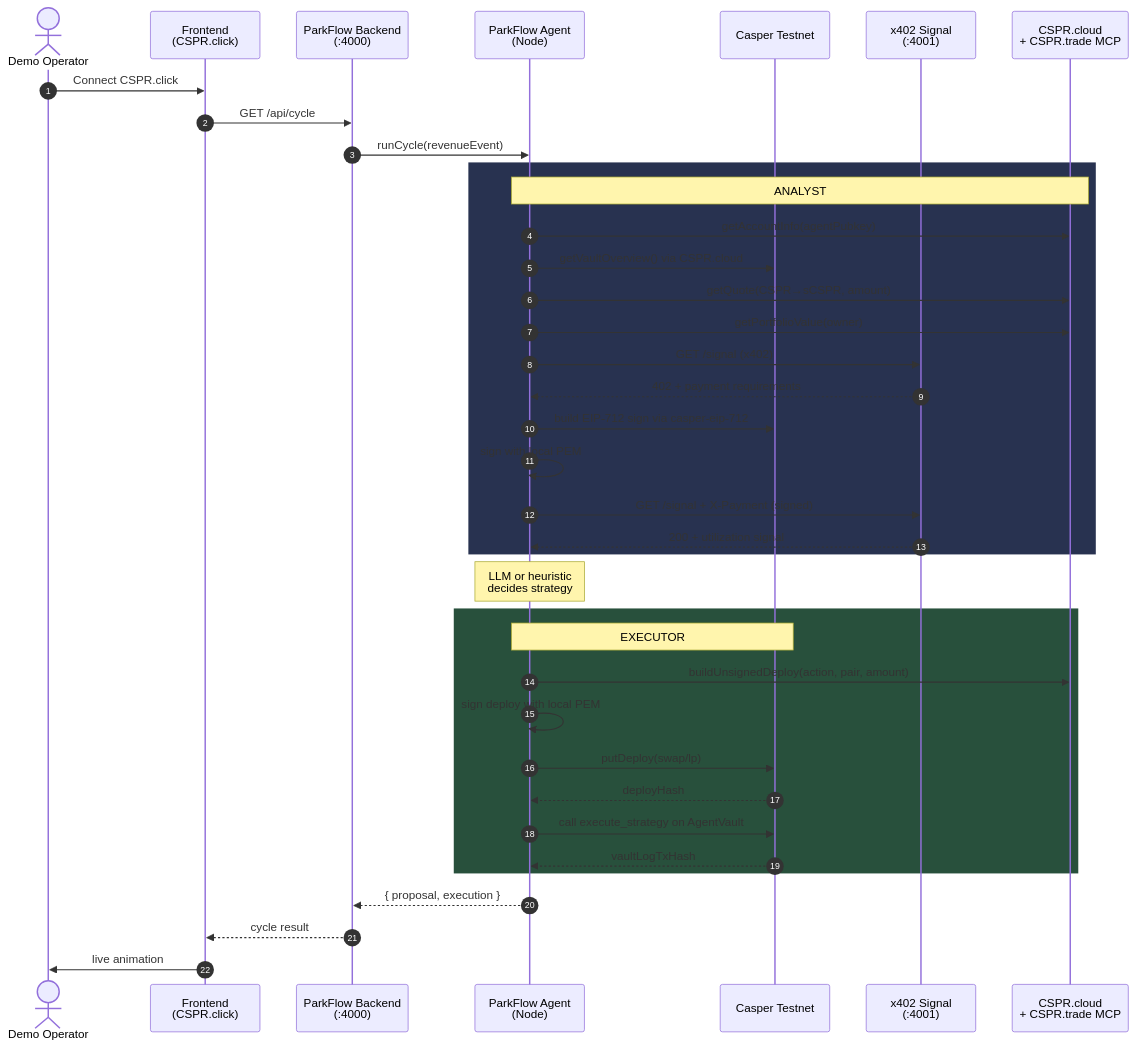
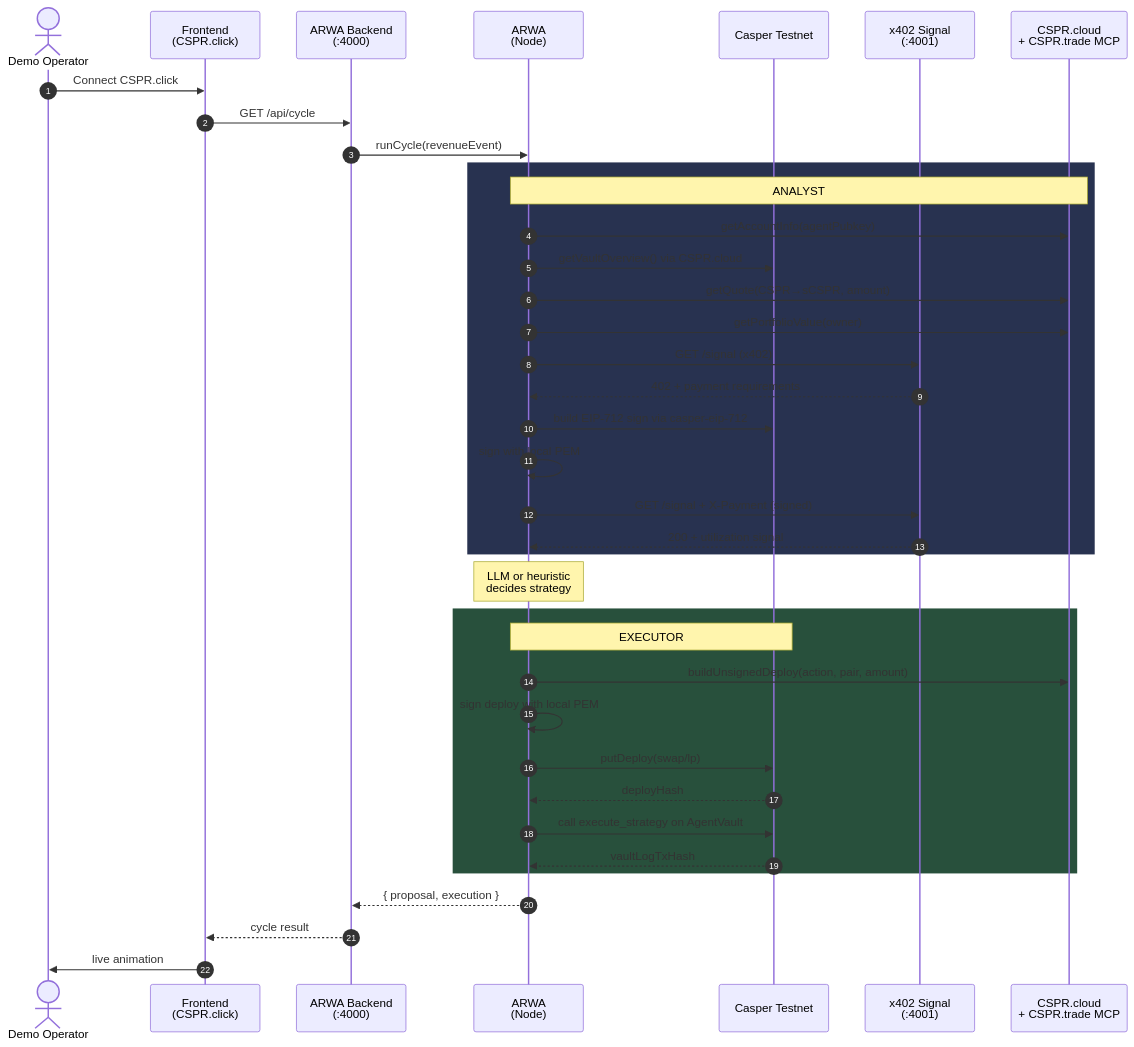
One commit to antidumpalways/ARWA-Agent changed the first of 5 diagrams in README.md. Above: the diagram before and after it, drawn with Mermaid. The commit also changed other lines of this file and 51 other files, not shown here.

Commit message:
rebrand: ParkFlow → ARWA (Agentic Real-World Assets), remove PFLOW

````diff
--- a/README.md
+++ b/README.md
@@ -68,45 +68,45 @@
 ```mermaid
 sequenceDiagram
     autonumber
     actor Operator as Demo Operator
     participant FE as Frontend<br/>(CSPR.click)
-    participant API as ParkFlow Backend<br/>(:4000)
-    participant Agent as ParkFlow Agent<br/>(Node)
+    participant API as ARWA Backend<br/>(:4000)
+    participant Agent as ARWA<br/>(Node)
     participant Chain as Casper Testnet
     participant Signal as x402 Signal<br/>(:4001)
     participant MCP as CSPR.cloud<br/>+ CSPR.trade MCP
 
     Operator->>FE: Connect CSPR.click
     FE->>API: GET /api/cycle
     API->>Agent: runCycle(revenueEvent)
 
     rect rgb(40, 50, 80)
     Note over Agent,MCP: ANALYST
     Agent->>MCP: getAccountInfo(agentPubkey)
     Agent->>Chain: getVaultOverview() via CSPR.cloud
     Agent->>MCP: getQuote(CSPR→sCSPR, amount)
     Agent->>MCP: getPortfolioValue(owner)
     Agent->>Signal: GET /signal (x402)
     Signal-->>Agent: 402 + payment requirements
     Agent->>Chain: build EIP-712 sign via casper-eip-712
     Agent->>Agent: sign with local PEM
     Agent->>Signal: GET /signal + X-Payment (signed)
     Signal-->>Agent: 200 + utilization signal
     end
 
     Note over Agent: LLM or heuristic<br/>decides strategy
 
     rect rgb(40, 80, 60)
     Note over Agent,Chain: EXECUTOR
     Agent->>MCP: buildUnsignedDeploy(action, pair, amount)
     Agent->>Agent: sign deploy with local PEM
     Agent->>Chain: putDeploy(swap/lp)
     Chain-->>Agent: deployHash
     Agent->>Chain: call execute_strategy on AgentVault
     Chain-->>Agent: vaultLogTxHash
     end
 
     Agent-->>API: { proposal, execution }
     API-->>FE: cycle result
     FE->>Operator: live animation
 ```
````
